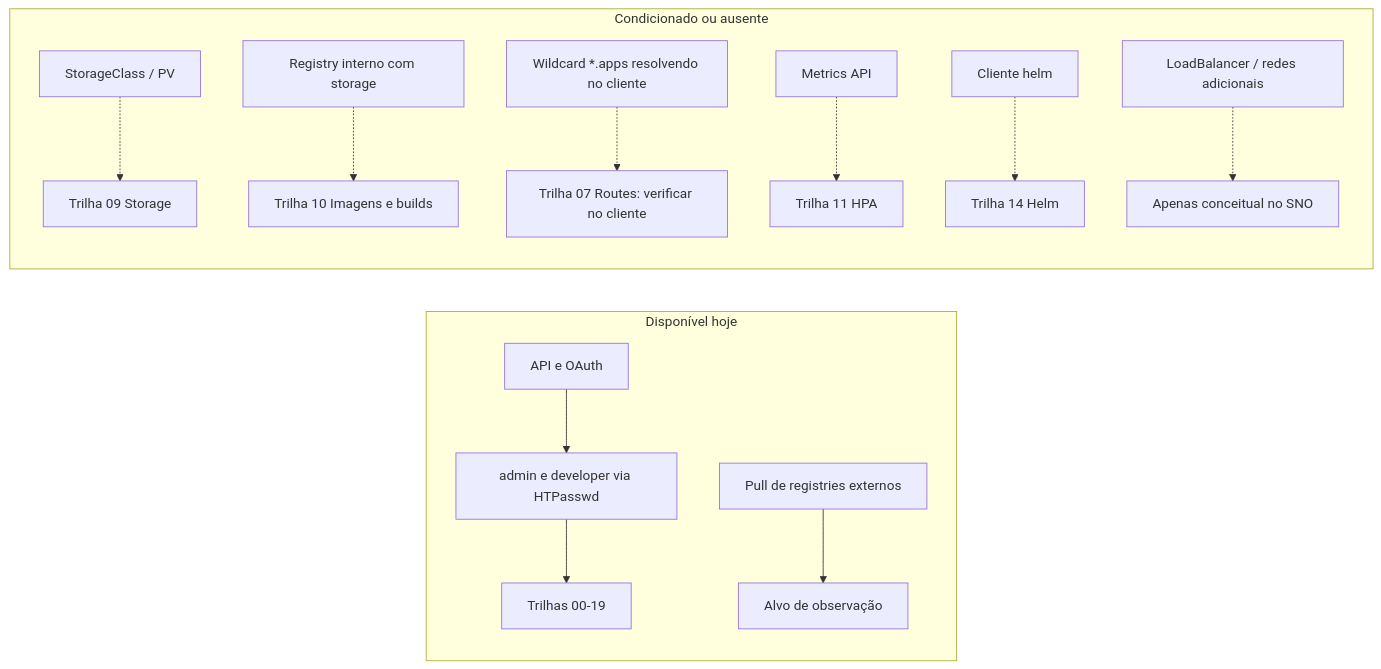
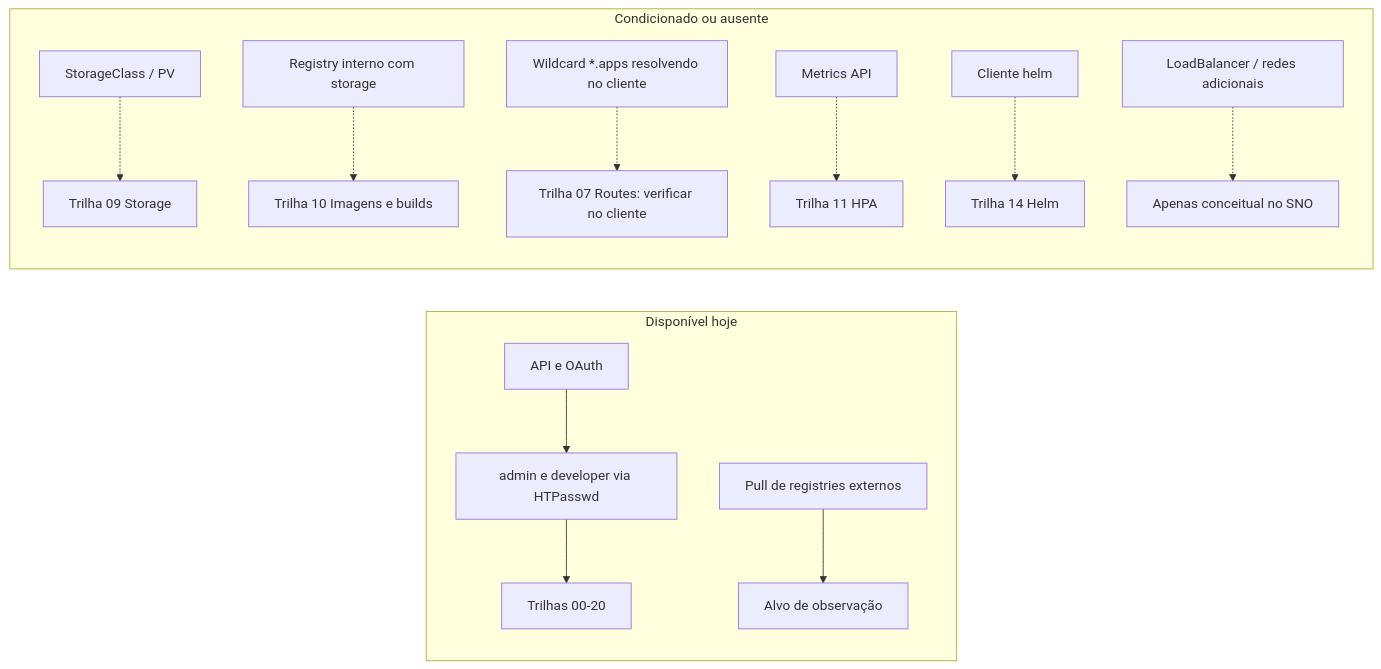
Before and after one commit to eduardoandradej/academia-comandos-openshift: the diagram in catalogo/matriz-competencias.md, drawn with Mermaid. The commit also changed other lines of this file and 51 other files, not shown here.

````diff
--- a/catalogo/matriz-competencias.md
+++ b/catalogo/matriz-competencias.md
@@ -55,16 +56,16 @@
 ```mermaid
 flowchart LR
   subgraph disponivel[Disponível hoje]
     API[API e OAuth] --> ID[admin e developer via HTPasswd]
-    ID --> T00[Trilhas 00-19]
+    ID --> T00[Trilhas 00-20]
     IMG[Pull de registries externos] --> T02[Alvo de observação]
   end
   subgraph condicionado[Condicionado ou ausente]
     SC[StorageClass / PV] -.-> T09[Trilha 09 Storage]
     REG[Registry interno com storage] -.-> T10[Trilha 10 Imagens e builds]
     DNS[Wildcard *.apps resolvendo no cliente] -.-> T07[Trilha 07 Routes: verificar no cliente]
     MET[Metrics API] -.-> T11[Trilha 11 HPA]
     HELM[Cliente helm] -.-> T14[Trilha 14 Helm]
     LB[LoadBalancer / redes adicionais] -.-> X[Apenas conceitual no SNO]
   end
 ```
````
